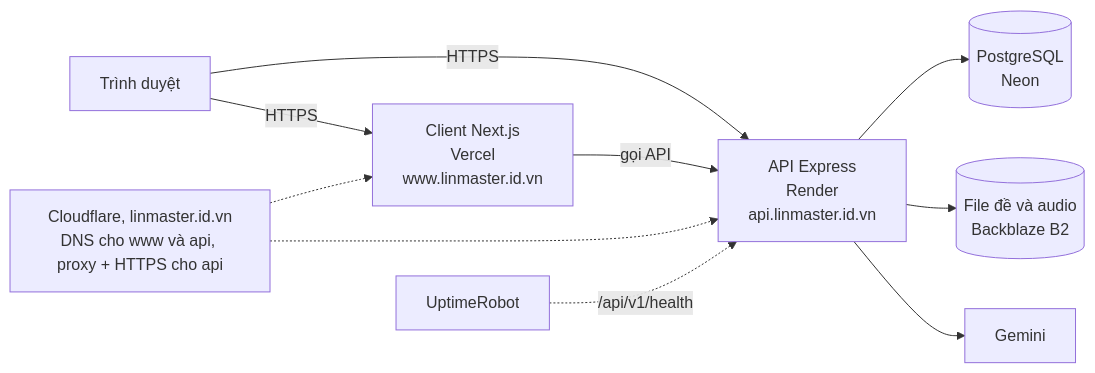
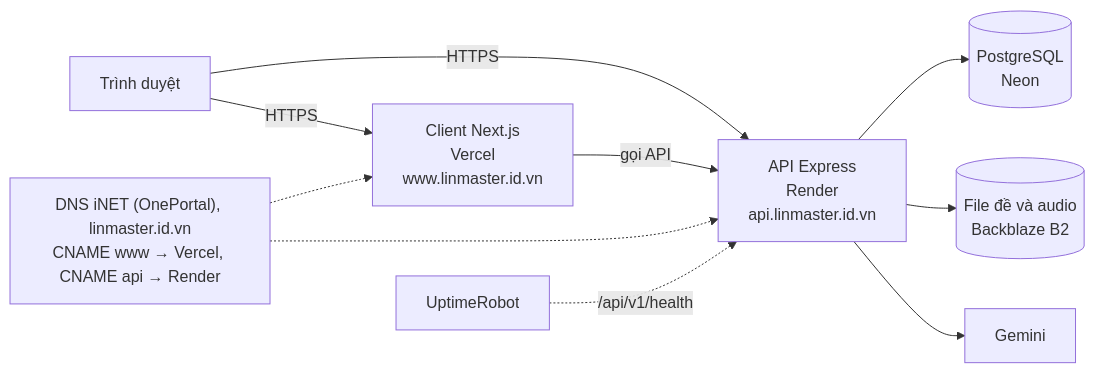
One commit to Ac-2836/WebDev-FinalProject-LinMaster changed the diagram in README.md. Above: the diagram before and after it, drawn with Mermaid. The commit also changed 5 other files, not shown here.

Commit message:
docs: DNS for linmaster.id.vn is managed at iNET, not Cloudflare (#245)

````diff
--- a/README.md
+++ b/README.md
@@ -40,12 +40,12 @@
 ```mermaid
 flowchart LR
   user[Trình duyệt] -->|HTTPS| web["Client Next.js<br/>Vercel<br/>www.linmaster.id.vn"]
   user -->|HTTPS| api["API Express<br/>Render<br/>api.linmaster.id.vn"]
   web -->|gọi API| api
   api --> db[("PostgreSQL<br/>Neon")]
   api --> files[("File đề và audio<br/>Backblaze B2")]
   api --> ai[Gemini]
-  dns["Cloudflare, linmaster.id.vn<br/>DNS cho www và api, proxy + HTTPS cho api"] -.-> web
+  dns["DNS iNET (OnePortal), linmaster.id.vn<br/>CNAME www → Vercel, CNAME api → Render"] -.-> web
   dns -.-> api
   monitor[UptimeRobot] -.->|/api/v1/health| api
 ```
````
